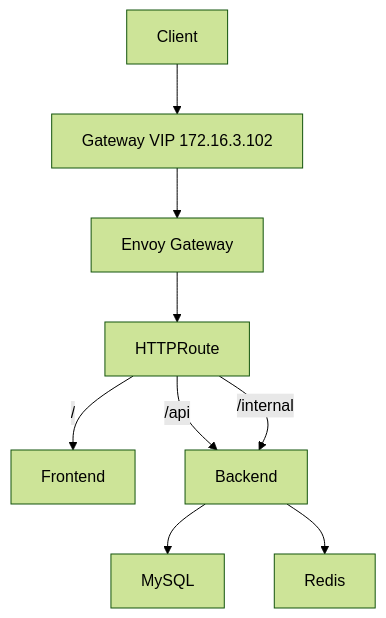
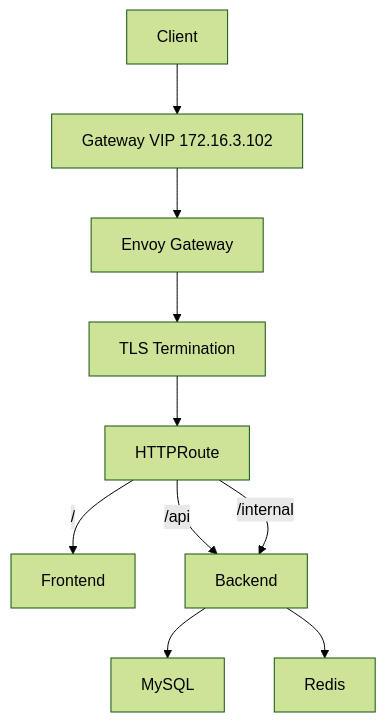
Before and after one commit to ahmed-sayed-devops/microservices-platform-gitops: diagram 16 of 18 in docs/03-gateway-api/README.md, drawn with Mermaid (forest theme). The commit also changed other lines of this file, not shown here.

Commit message:
docs: update Gateway API documentation with TLS

````diff
--- a/docs/03-gateway-api/README.md
+++ b/docs/03-gateway-api/README.md
@@ -887,23 +1160,25 @@
 ```mermaid
 graph TD
     Client[Client]
     GatewayVIP[Gateway VIP 172.16.3.102]
     Envoy[Envoy Gateway]
+    TLS[TLS Termination]
     HTTPRoute[HTTPRoute]
 
     Frontend[Frontend]
     Backend[Backend]
     MySQL[MySQL]
     Redis[Redis]
 
     Client --> GatewayVIP
     GatewayVIP --> Envoy
-    Envoy --> HTTPRoute
+    Envoy --> TLS
+    TLS --> HTTPRoute
 
     HTTPRoute -->|/| Frontend
     HTTPRoute -->|/api| Backend
     HTTPRoute -->|/internal| Backend
 
     Backend --> MySQL
     Backend --> Redis
 ```
````
